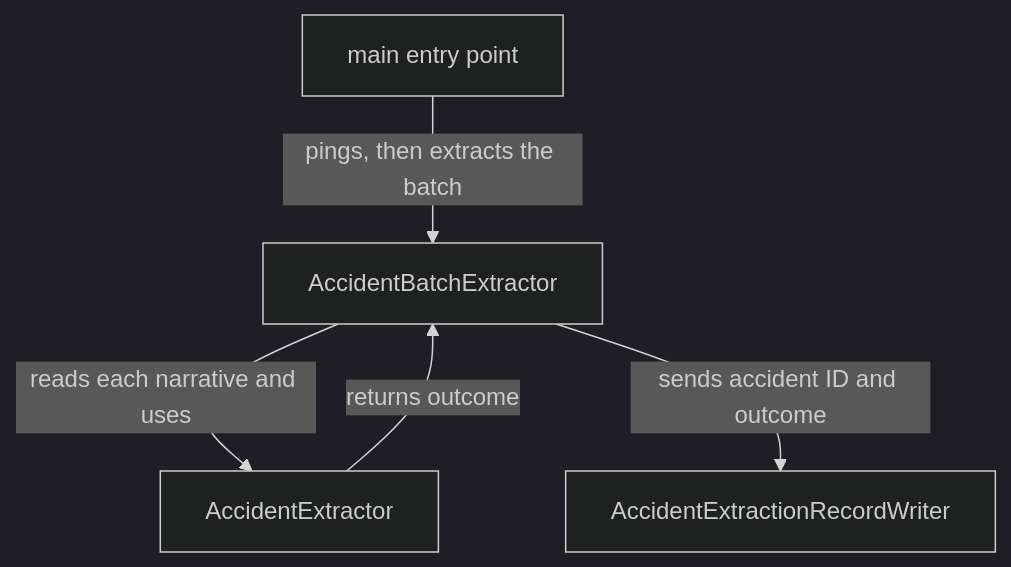
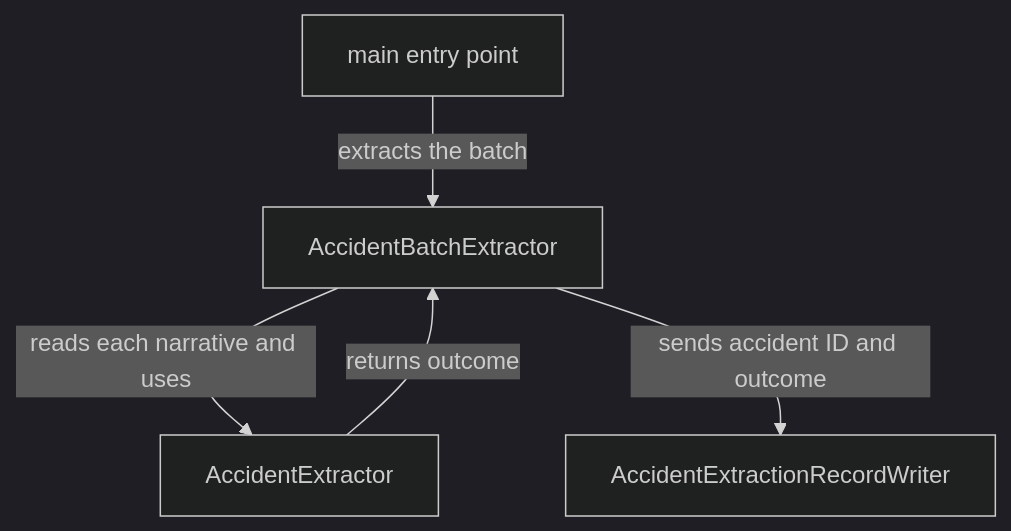
Before and after one commit to OlenaBack/vehicle-claims-extractor: the second of 5 diagrams in README.md, drawn with Mermaid (dark theme). The commit also changed other lines of this file, not shown here.

Commit message:
Document setup, Ollama install and run commands; update flow diagrams

````diff
--- a/README.md
+++ b/README.md
@@ -64,7 +106,7 @@
 ```mermaid
 flowchart TD
-    Main[main entry point] -->|pings, then extracts the batch| BatchExtractor[AccidentBatchExtractor]
+    Main[main entry point] -->|extracts the batch| BatchExtractor[AccidentBatchExtractor]
     BatchExtractor -->|reads each narrative and uses| AccidentExtractor[AccidentExtractor]
     AccidentExtractor -->|returns outcome| BatchExtractor
     BatchExtractor -->|sends accident ID and outcome| Writer[AccidentExtractionRecordWriter]
 ```
````
